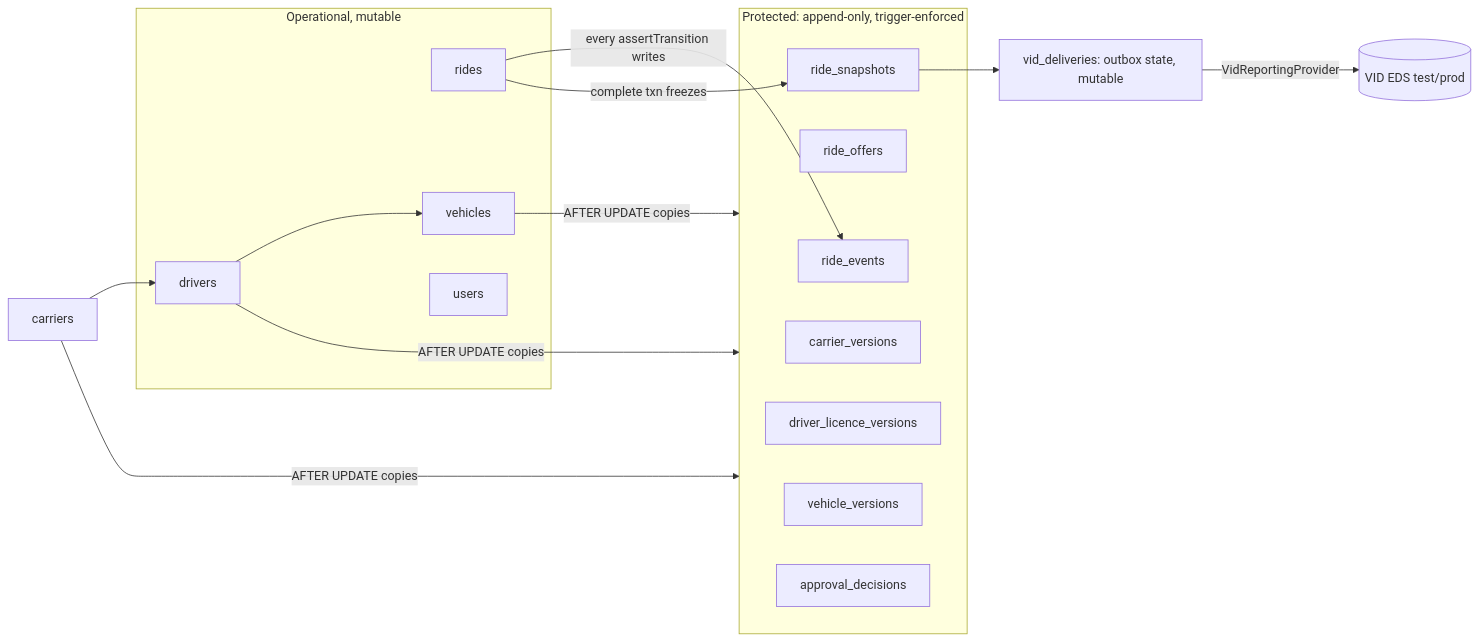
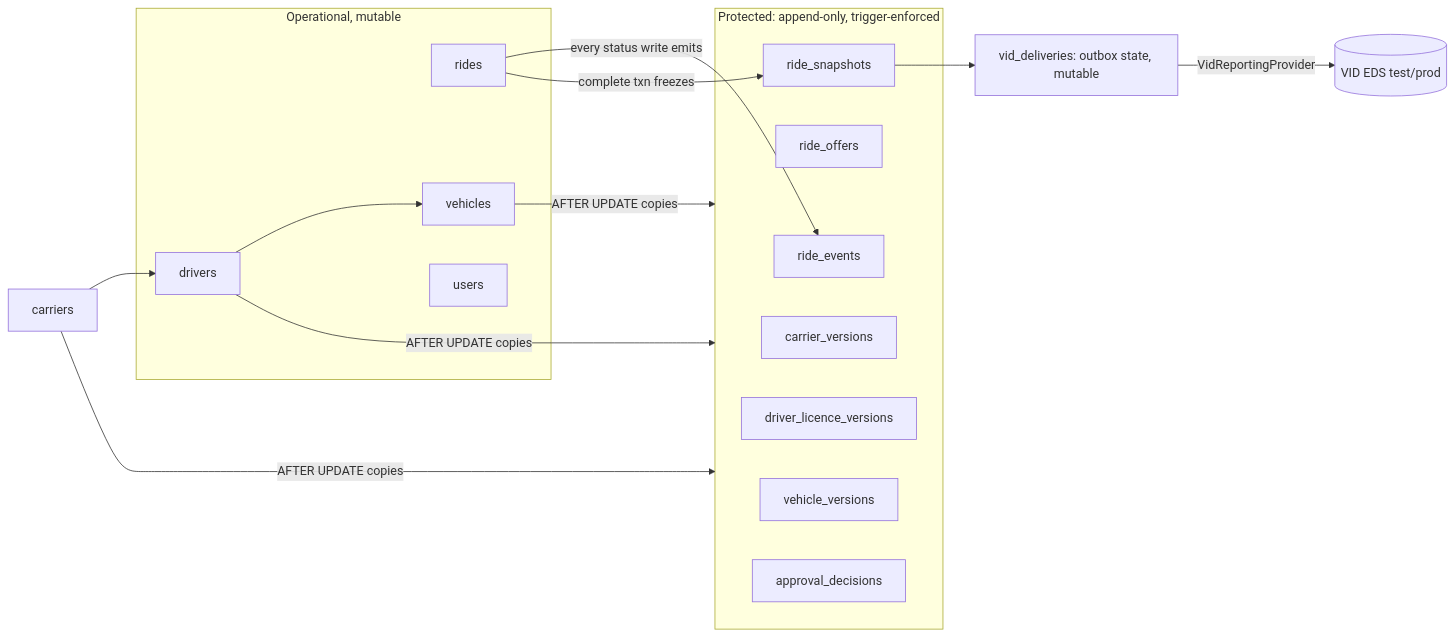
The first of 2 diagrams in docs/epics/sakta-cab-compliance.architecture.md (linardsb/taxi), drawn with Mermaid before and after one commit. The commit also changed other lines of this file, not shown here.

````diff
--- a/docs/epics/sakta-cab-compliance.architecture.md
+++ b/docs/epics/sakta-cab-compliance.architecture.md
@@ -27,24 +27,24 @@
 ```mermaid
 flowchart LR
   subgraph mutable[Operational, mutable]
     rides
     drivers
     vehicles
     users
   end
   subgraph protected[Protected: append-only, trigger-enforced]
     ride_events
     ride_offers
     ride_snapshots
     carrier_versions
     driver_licence_versions
     vehicle_versions
     approval_decisions
   end
-  rides -->|every assertTransition writes| ride_events
+  rides -->|every status write emits| ride_events
   rides -->|complete txn freezes| ride_snapshots
   ride_snapshots --> vid_deliveries[vid_deliveries: outbox state, mutable]
   vid_deliveries -->|VidReportingProvider| VID[(VID EDS test/prod)]
   carriers --> drivers --> vehicles
   carriers & drivers & vehicles -->|AFTER UPDATE copies| protected
 ```
````
